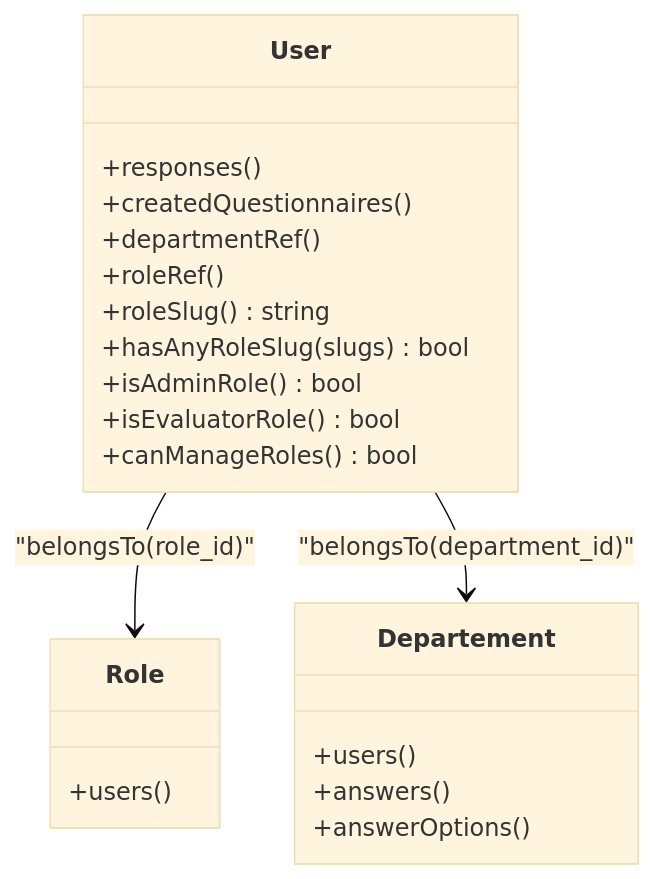
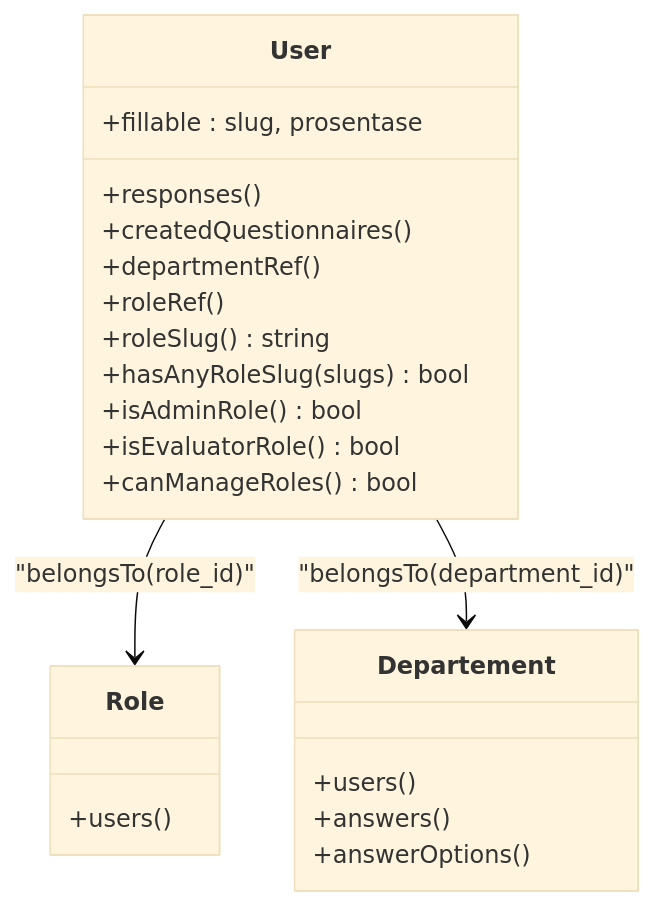
Before and after one commit to rudicatsmile/assesment360: the third of 7 diagrams in .qoder/repowiki/en/content/Data Models & Database Schema/Core Entities.md, drawn with Mermaid (base theme). The commit also changed other lines of this file and 10 other files, not shown here.

First line of the commit message:
feat(auth): enhance user model with slug and prosentase fields

````diff
--- a/.qoder/repowiki/en/content/Data Models & Database Schema/Core Entities.md
+++ b/.qoder/repowiki/en/content/Data Models & Database Schema/Core Entities.md
@@ -198,24 +226,25 @@
 ```mermaid
 classDiagram
 class User {
 +responses()
 +createdQuestionnaires()
 +departmentRef()
 +roleRef()
 +roleSlug() string
 +hasAnyRoleSlug(slugs) bool
 +isAdminRole() bool
 +isEvaluatorRole() bool
 +canManageRoles() bool
++fillable : slug, prosentase
 }
 class Role {
 +users()
 }
 class Departement {
 +users()
 +answers()
 +answerOptions()
 }
 User --> Role : "belongsTo(role_id)"
 User --> Departement : "belongsTo(department_id)"
 ```
````
